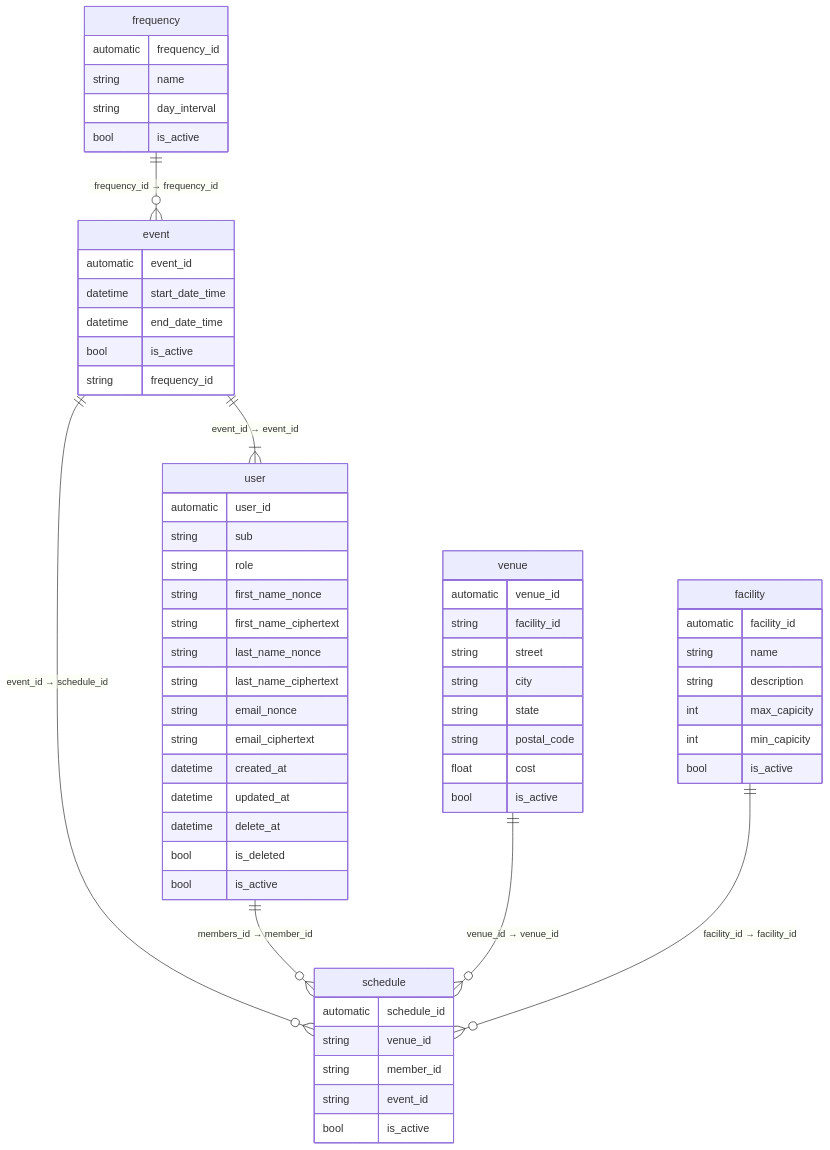
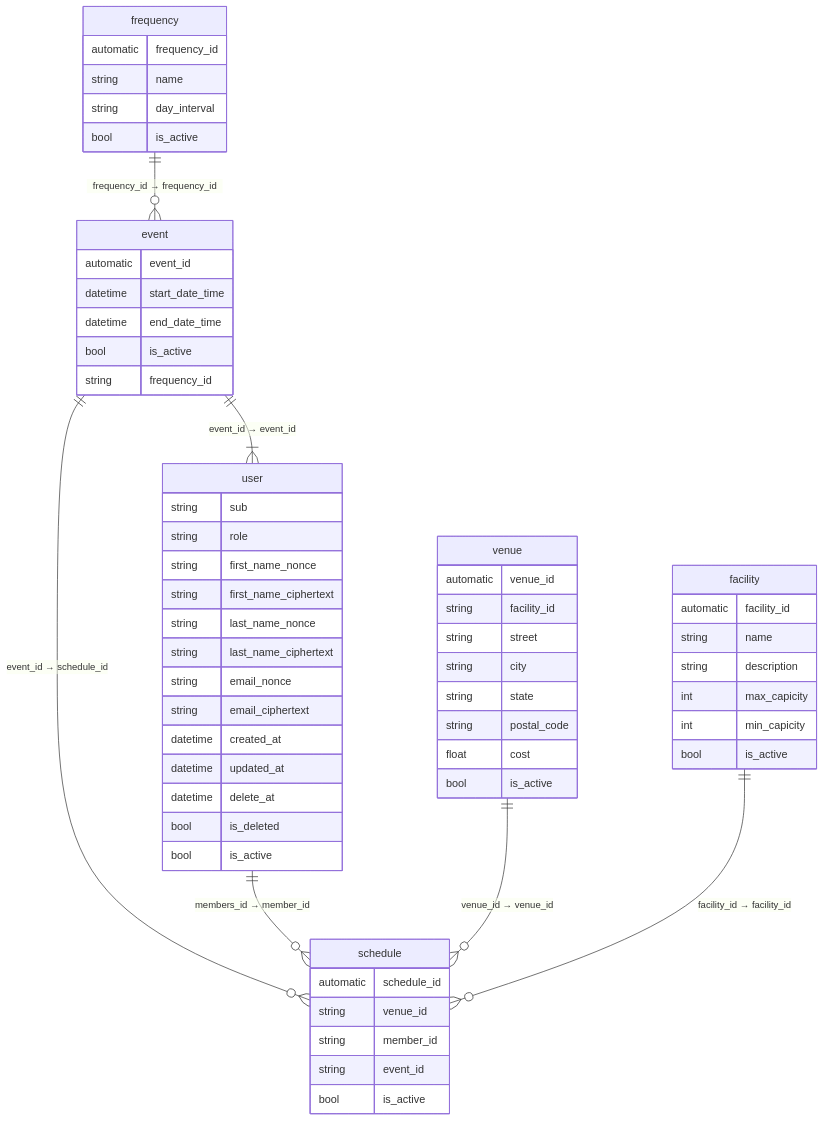
Before and after one commit to pbaletkeman/swimlane: the diagram in docs/erd.mmd, drawn with Mermaid. The commit also changed 5 other files, not shown here.

```diff
--- a/docs/erd.mmd
+++ b/docs/erd.mmd
@@ -1,63 +1,62 @@
 erDiagram
     frequency ||--o{ event : "frequency_id → frequency_id"
     event ||--|{ user : "event_id → event_id"
     event ||--o{ schedule : "event_id → schedule_id"
     user ||--o{ schedule : "members_id → member_id"
     venue ||--o{ schedule : "venue_id → venue_id"
     facility ||--o{ schedule : "facility_id → facility_id"
 
 
     frequency {
         automatic frequency_id
         string name
         string day_interval
         bool is_active
     }
     event {
         automatic event_id
         datetime start_date_time
         datetime end_date_time
         bool is_active
         string frequency_id
     }
     user {
-        automatic user_id
         string sub
         string role
         string first_name_nonce
         string first_name_ciphertext
         string last_name_nonce
         string last_name_ciphertext
         string email_nonce
         string email_ciphertext
         datetime created_at
         datetime updated_at
         datetime delete_at
         bool is_deleted
         bool is_active
     }
     venue {
         automatic venue_id
         string facility_id
         string street
         string city
         string state
         string postal_code
         float cost
         bool is_active
     }
     facility {
         automatic facility_id
         string name
         string description
         int max_capicity
         int min_capicity
         bool is_active
     }
     schedule {
         automatic schedule_id
         string venue_id
         string member_id
         string event_id
         bool is_active
     }
```
